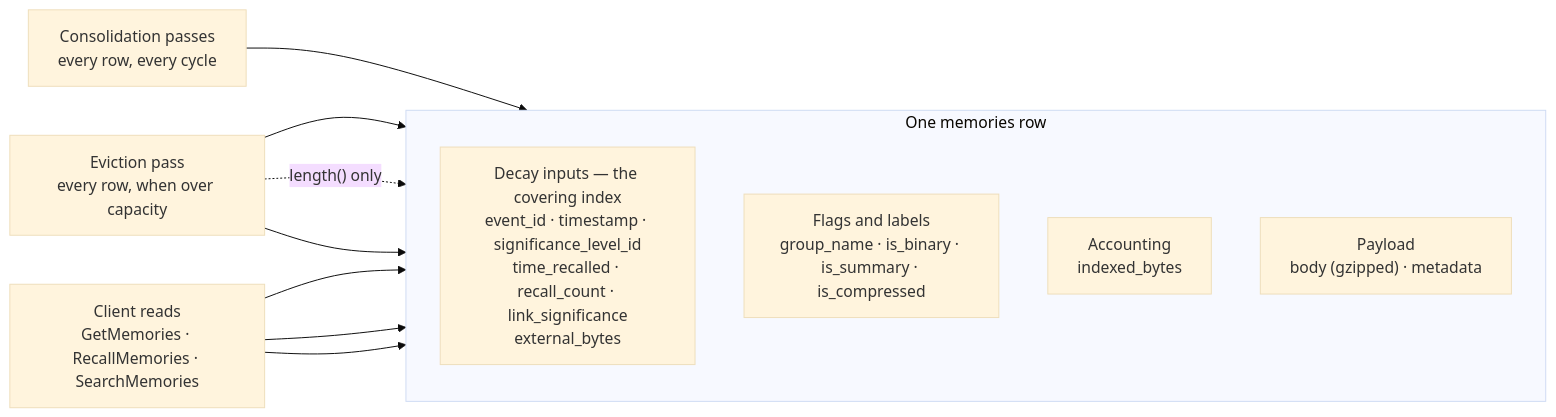
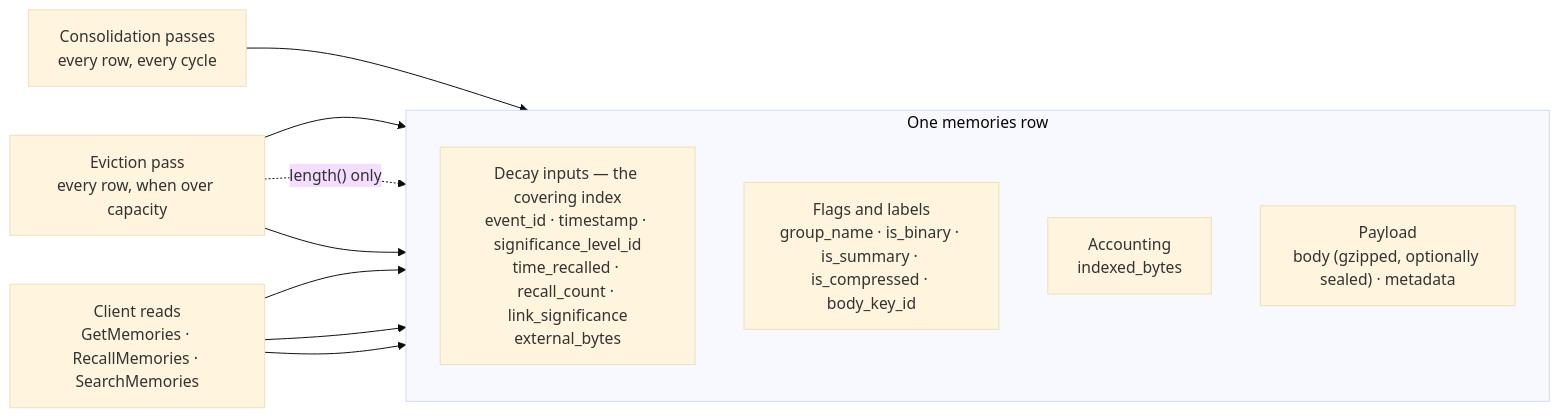
The diagram in docs/consolidation.md (fastbean-au/hippocampus), drawn with Mermaid (base theme) before and after one commit. The commit also changed other lines of this file and 38 other files, not shown here.

````diff
--- a/docs/consolidation.md
+++ b/docs/consolidation.md
@@ -445,18 +445,18 @@
 ```mermaid
 flowchart LR
   subgraph memories["One memories row"]
     direction TB
     inputs["Decay inputs — the covering index<br/>event_id · timestamp · significance_level_id<br/>time_recalled · recall_count · link_significance<br/>external_bytes"]
-    flags["Flags and labels<br/>group_name · is_binary · is_summary · is_compressed"]
+    flags["Flags and labels<br/>group_name · is_binary · is_summary · is_compressed · body_key_id"]
     accounting["Accounting<br/>indexed_bytes"]
-    payload["Payload<br/>body (gzipped) · metadata"]
+    payload["Payload<br/>body (gzipped, optionally sealed) · metadata"]
   end
 
   C["Consolidation passes<br/>every row, every cycle"] --> inputs
   E["Eviction pass<br/>every row, when over capacity"] --> inputs
   E -.->|"length() only"| payload
   E --> accounting
   R["Client reads<br/>GetMemories · RecallMemories · SearchMemories"] --> inputs
   R --> flags
   R --> payload
 ```
````
